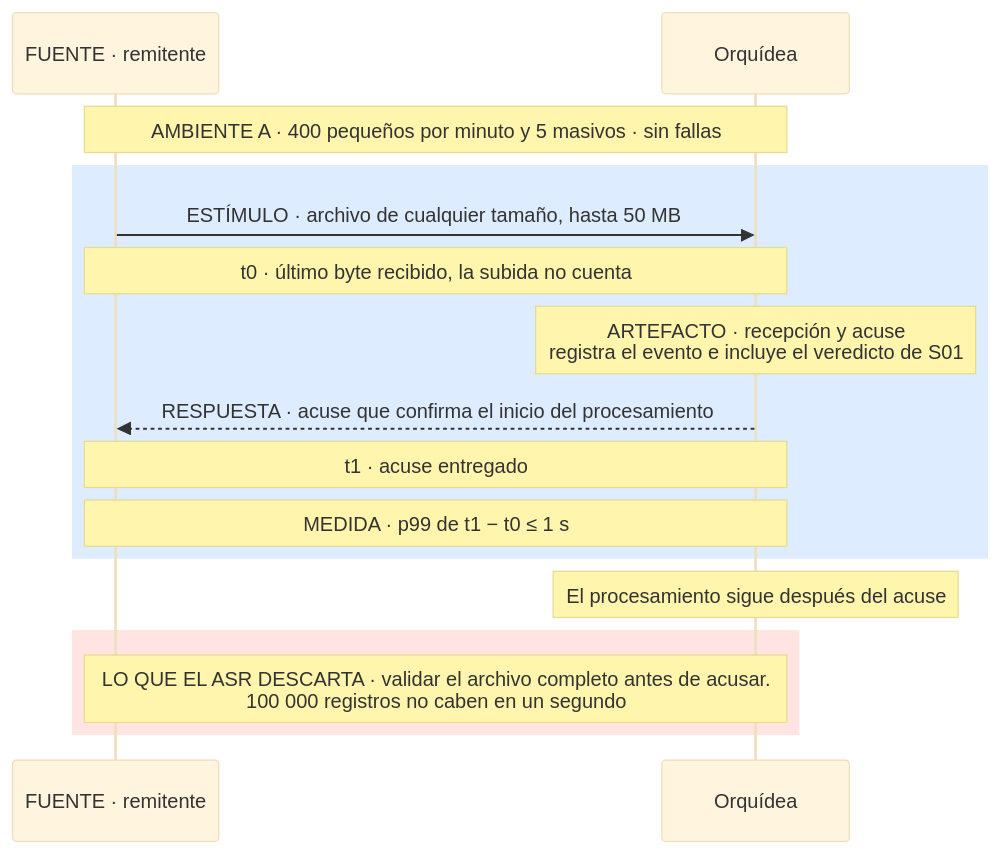
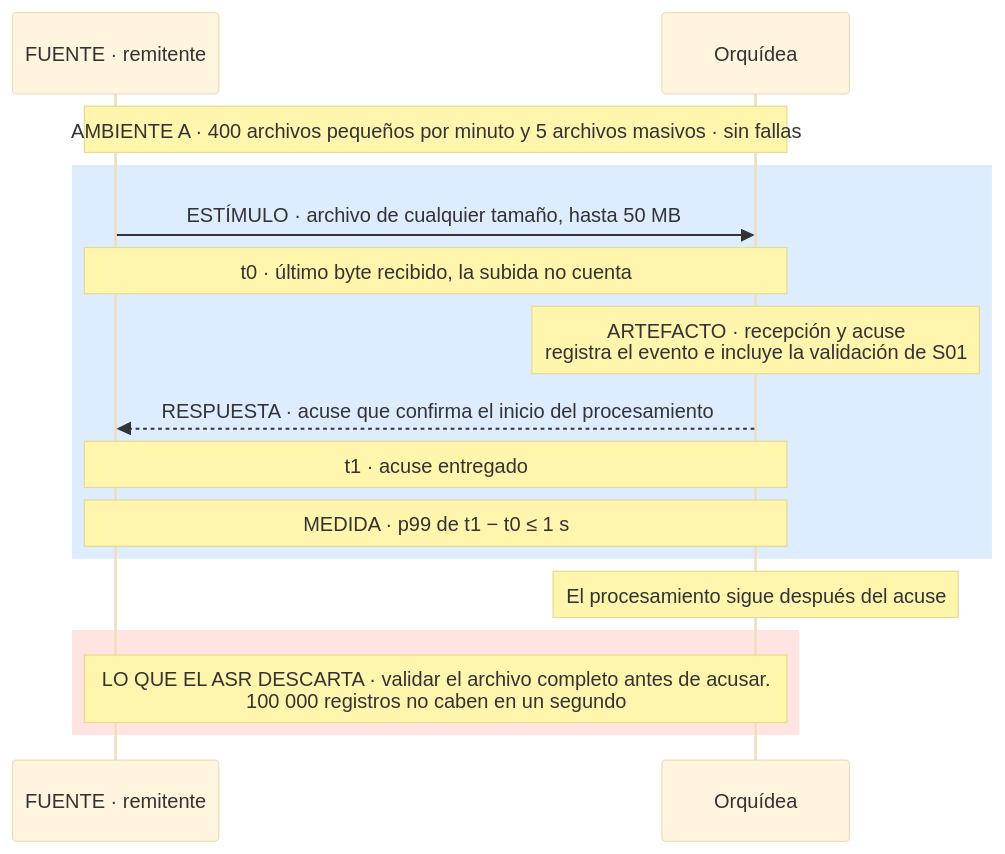
Before and after one commit to MATI-MBIT/arqsoft-reto-4: the ninth of 17 diagrams in docs/quality-attributes.md, drawn with Mermaid (base theme). The commit also changed other lines of this file, not shown here.

````diff
--- a/docs/quality-attributes.md
+++ b/docs/quality-attributes.md
@@ -444,18 +444,18 @@
 ```mermaid
 sequenceDiagram
     participant R as FUENTE · remitente
     participant O as Orquídea
-    Note over R,O: AMBIENTE A · 400 pequeños por minuto y 5 masivos · sin fallas
+    Note over R,O: AMBIENTE A · 400 archivos pequeños por minuto y 5 archivos masivos · sin fallas
     rect rgb(222, 236, 255)
     R->>O: ESTÍMULO · archivo de cualquier tamaño, hasta 50 MB
     Note over R,O: t0 · último byte recibido, la subida no cuenta
-    Note over O: ARTEFACTO · recepción y acuse<br/>registra el evento e incluye el veredicto de S01
+    Note over O: ARTEFACTO · recepción y acuse<br/>registra el evento e incluye la validación de S01
     O-->>R: RESPUESTA · acuse que confirma el inicio del procesamiento
     Note over R,O: t1 · acuse entregado
     Note over R,O: MEDIDA · p99 de t1 − t0 ≤ 1 s
     end
     Note over O: El procesamiento sigue después del acuse
     rect rgb(255, 228, 225)
     Note over R,O: LO QUE EL ASR DESCARTA · validar el archivo completo antes de acusar.<br/>100 000 registros no caben en un segundo
     end
 ```
````
